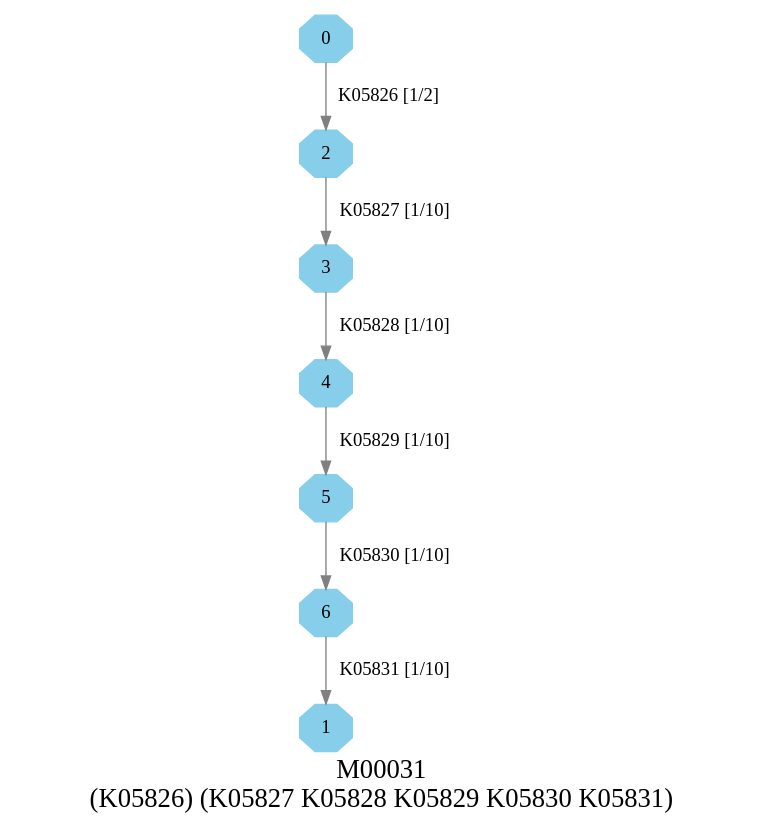
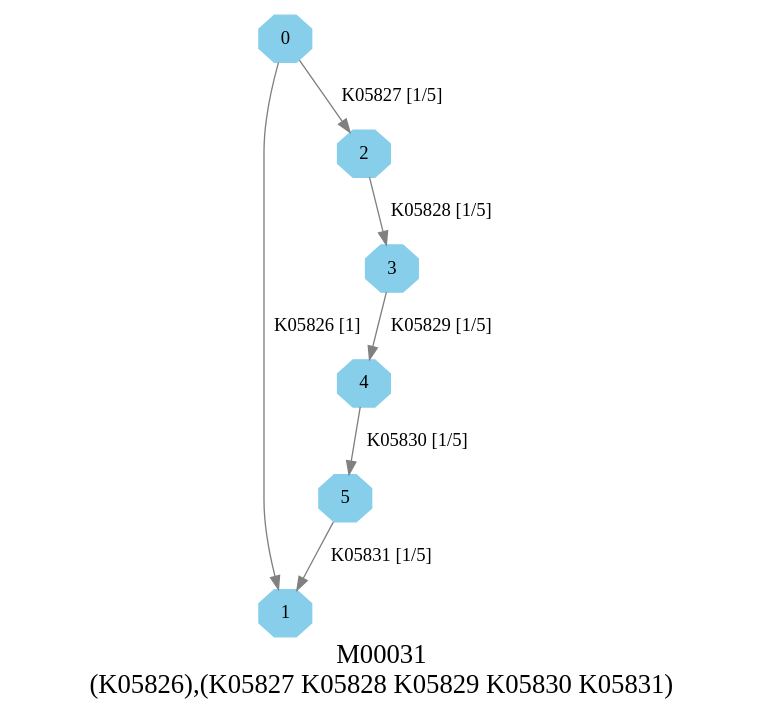
One commit to EBI-Metagenomics/kegg-pathways-completeness-tool changed the diagram in graphs/dots/M00031.dot. Above: the diagram before and after it, drawn with Graphviz. The commit also changed 45 other files, not shown here.

```diff
--- a/graphs/dots/M00031.dot
+++ b/graphs/dots/M00031.dot
@@ -1,13 +1,13 @@
 digraph G {
 graph [label="M00031
-(K05826) (K05827 K05828 K05829 K05830 K05831)",fontsize=20];
+(K05826),(K05827 K05828 K05829 K05830 K05831)",fontsize=20];
 node [shape=box,style=filled];
 edge [len=3,color=grey];
-{node [width=.3,height=.3,shape=octagon,style=filled,color=skyblue] 0 1 2 3 4 5 6 }
-0 -> 2 [label="K05826 [1/2]"];
-2 -> 3 [label="K05827 [1/10]"];
-3 -> 4 [label="K05828 [1/10]"];
-4 -> 5 [label="K05829 [1/10]"];
-5 -> 6 [label="K05830 [1/10]"];
-6 -> 1 [label="K05831 [1/10]"];
+{node [width=.3,height=.3,shape=octagon,style=filled,color=skyblue] 0 1 2 3 4 5 }
+0 -> 1 [label="K05826 [1]"];
+0 -> 2 [label="K05827 [1/5]"];
+2 -> 3 [label="K05828 [1/5]"];
+3 -> 4 [label="K05829 [1/5]"];
+4 -> 5 [label="K05830 [1/5]"];
+5 -> 1 [label="K05831 [1/5]"];
 }
```
